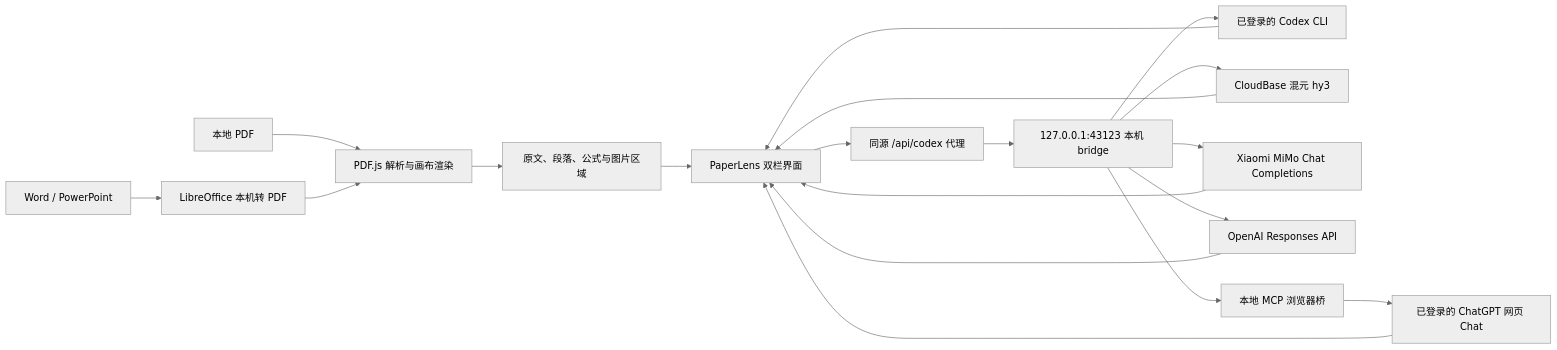
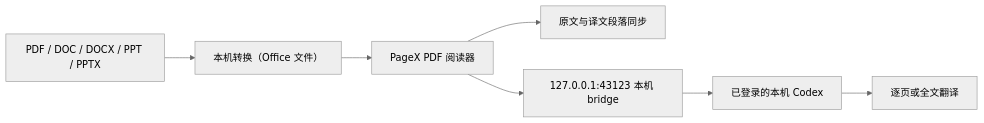
One commit to NaCr05/PaperLens changed the diagram in README.md. Above: the diagram before and after it, drawn with Mermaid (neutral theme). The commit also changed other lines of this file and 5 other files, not shown here.

Commit message:
docs: prepare PageX open-source release

````diff
--- a/README.md
+++ b/README.md
@@ -27,21 +20,9 @@
 ```mermaid
 flowchart LR
-  PDF["本地 PDF"] --> PDFJS["PDF.js 解析与画布渲染"]
-  OFFICE["Word / PowerPoint"] --> CONVERT["LibreOffice 本机转 PDF"]
-  CONVERT --> PDFJS
-  PDFJS --> Reader["原文、段落、公式与图片区域"]
-  Reader --> UI["PaperLens 双栏界面"]
-  UI --> Proxy["同源 /api/codex 代理"]
-  Proxy --> Bridge["127.0.0.1:43123 本机 bridge"]
-  Bridge --> Codex["已登录的 Codex CLI"]
-  Bridge --> Hunyuan["CloudBase 混元 hy3"]
-  Bridge --> MiMo["Xiaomi MiMo Chat Completions"]
-  Bridge --> OpenAI["OpenAI Responses API"]
-  Bridge --> WebMCP["本地 MCP 浏览器桥"]
-  WebMCP --> ChatGPTWeb["已登录的 ChatGPT 网页 Chat"]
-  Codex --> UI
-  Hunyuan --> UI
-  MiMo --> UI
-  OpenAI --> UI
-  ChatGPTWeb --> UI
+  INPUT["PDF / DOC / DOCX / PPT / PPTX"] --> CONVERT["本机转换（Office 文件）"]
+  CONVERT --> READER["PageX PDF 阅读器"]
+  READER --> SYNC["原文与译文段落同步"]
+  READER --> BRIDGE["127.0.0.1:43123 本机 bridge"]
+  BRIDGE --> CODEX["已登录的本机 Codex"]
+  CODEX --> TRANSLATION["逐页或全文翻译"]
 ```
````
